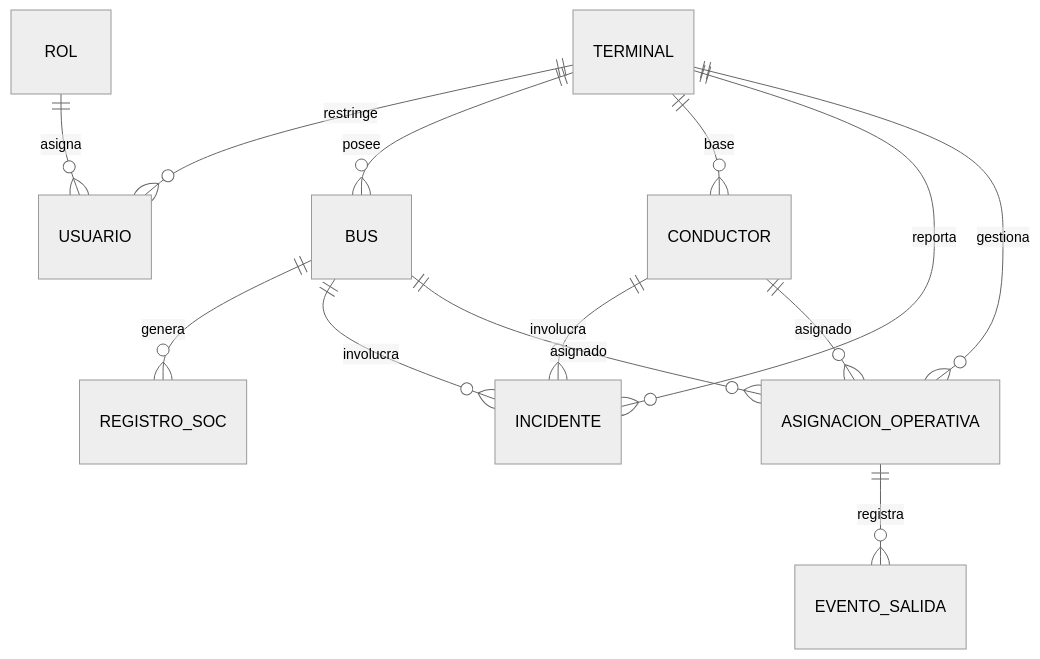
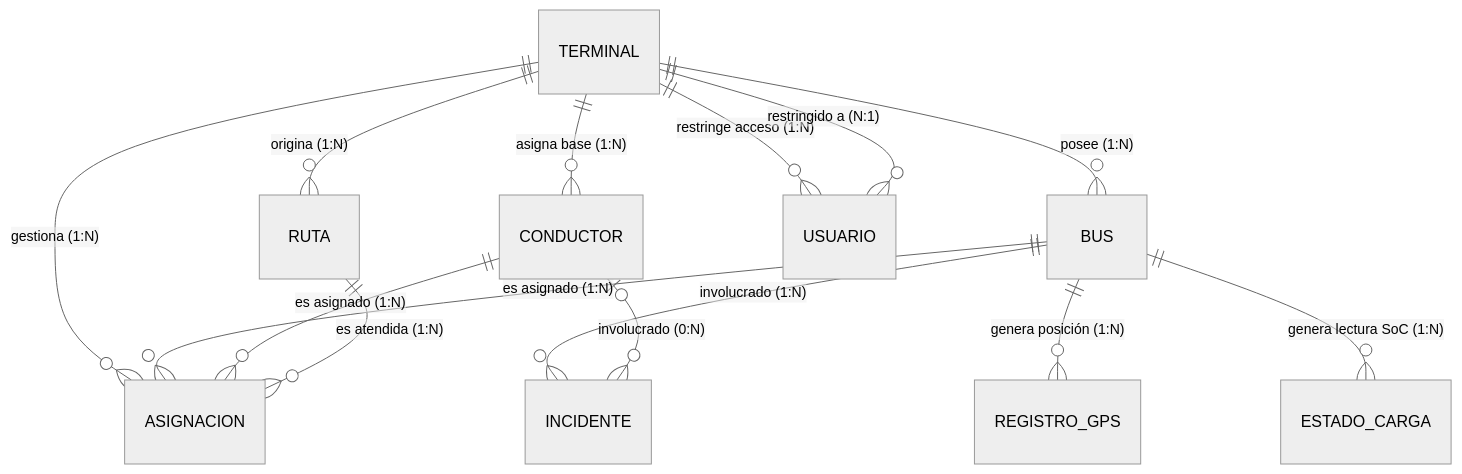
The first of 3 diagrams in docs/fase-2/04-DISENO-TECNICO-DETALLADO.md (matiasts4/SICOF), drawn with Mermaid (neutral theme) before and after one commit. The commit also changed other lines of this file and 28 other files, not shown here.

````diff
--- a/docs/fase-2/04-DISENO-TECNICO-DETALLADO.md
+++ b/docs/fase-2/04-DISENO-TECNICO-DETALLADO.md
@@ -15,15 +30,20 @@
 ```mermaid
 erDiagram
-    ROL ||--o{ USUARIO : asigna
-    TERMINAL ||--o{ USUARIO : restringe
-    TERMINAL ||--o{ BUS : posee
-    TERMINAL ||--o{ CONDUCTOR : base
-    BUS ||--o{ REGISTRO_SOC : genera
-    BUS ||--o{ INCIDENTE : involucra
-    CONDUCTOR ||--o{ INCIDENTE : involucra
-    TERMINAL ||--o{ INCIDENTE : reporta
-    TERMINAL ||--o{ ASIGNACION_OPERATIVA : gestiona
-    BUS ||--o{ ASIGNACION_OPERATIVA : asignado
-    CONDUCTOR ||--o{ ASIGNACION_OPERATIVA : asignado
-    ASIGNACION_OPERATIVA ||--o{ EVENTO_SALIDA : registra
+    TERMINAL ||--o{ BUS : "posee (1:N)"
+    TERMINAL ||--o{ CONDUCTOR : "asigna base (1:N)"
+    TERMINAL ||--o{ RUTA : "origina (1:N)"
+    TERMINAL ||--o{ USUARIO : "restringe acceso (1:N)"
+    TERMINAL ||--o{ ASIGNACION : "gestiona (1:N)"
+
+    BUS ||--o{ ASIGNACION : "es asignado (1:N)"
+    BUS ||--o{ INCIDENTE : "involucrado (1:N)"
+    BUS ||--o{ REGISTRO_GPS : "genera posición (1:N)"
+    BUS ||--o{ ESTADO_CARGA : "genera lectura SoC (1:N)"
+
+    CONDUCTOR ||--o{ ASIGNACION : "es asignado (1:N)"
+    CONDUCTOR |o--o{ INCIDENTE : "involucrado (0:N)"
+
+    RUTA ||--o{ ASIGNACION : "es atendida (1:N)"
+
+    USUARIO }o--|| TERMINAL : "restringido a (N:1)"
 ```
````
